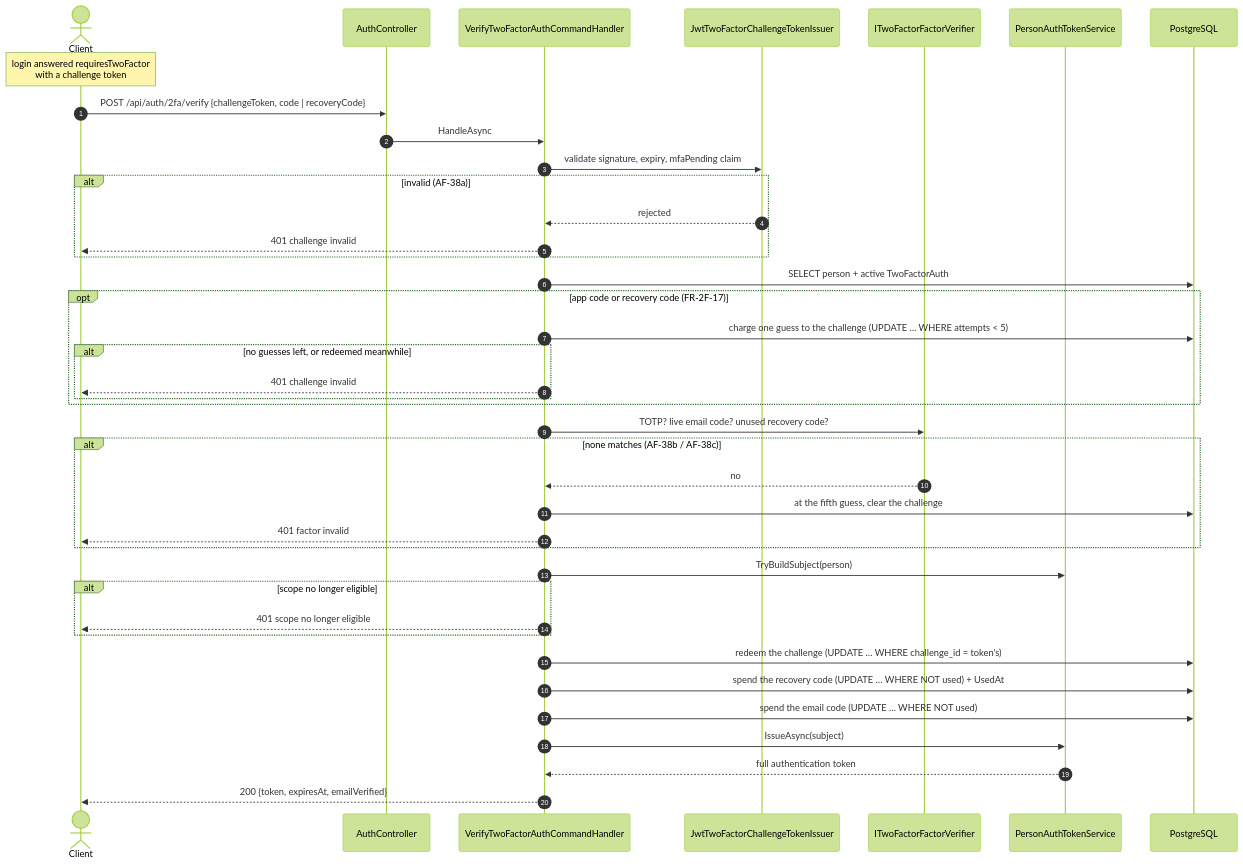
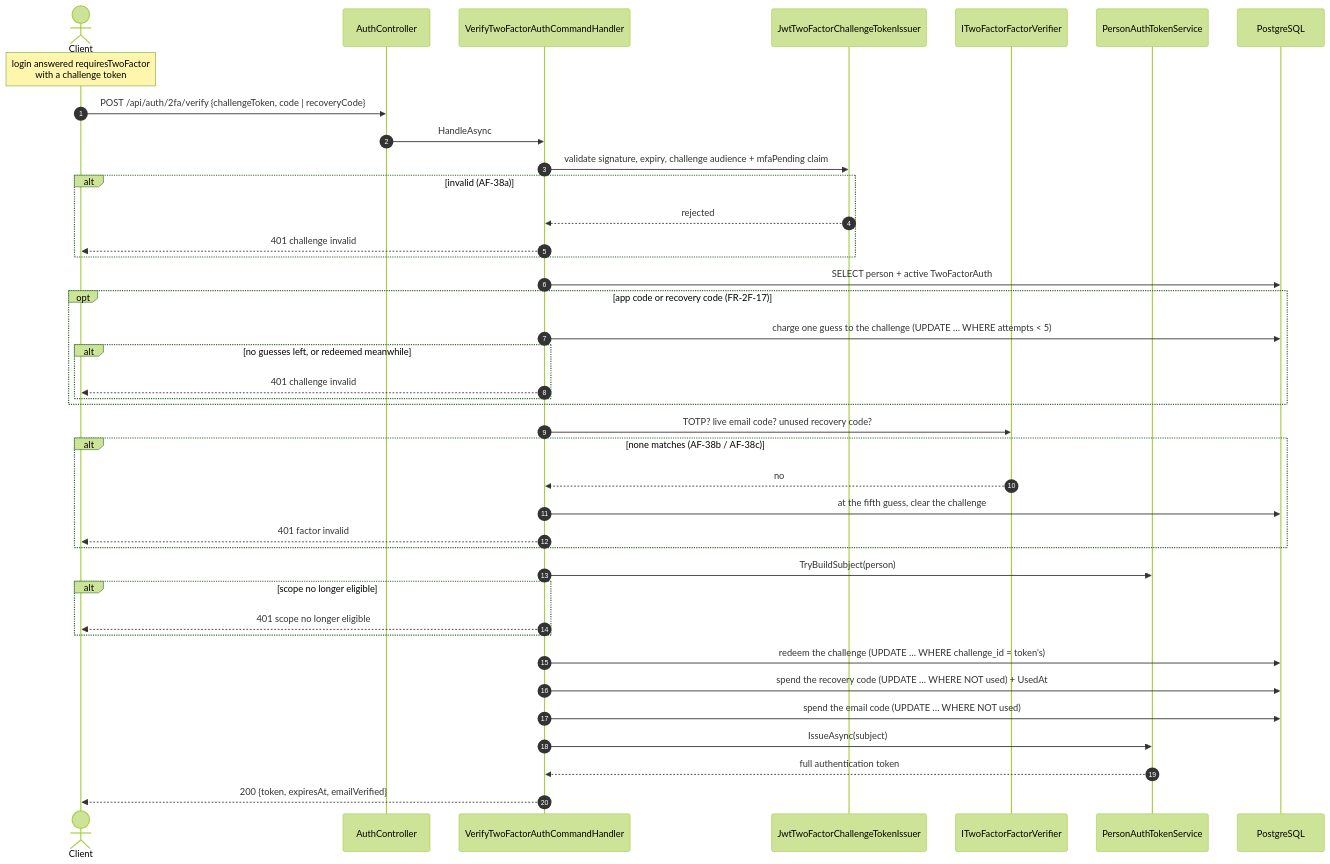
The third of 3 diagrams in docs/content/en/docs/flows/two-factor.md (artur-rios/heimdall-api), drawn with Mermaid (forest theme) before and after one commit. The commit also changed 18 other files, not shown here.

````diff
--- a/docs/content/en/docs/flows/two-factor.md
+++ b/docs/content/en/docs/flows/two-factor.md
@@ -90,47 +90,47 @@
 ```mermaid
 sequenceDiagram
     autonumber
     actor C as Client
     participant AC as AuthController
     participant VH as VerifyTwoFactorAuthCommandHandler
     participant CT as JwtTwoFactorChallengeTokenIssuer
     participant FV as ITwoFactorFactorVerifier
     participant TS as PersonAuthTokenService
     participant DB as PostgreSQL
 
     Note over C: login answered requiresTwoFactor<br/>with a challenge token
     C->>AC: POST /api/auth/2fa/verify {challengeToken, code | recoveryCode}
     AC->>VH: HandleAsync
 
-    VH->>CT: validate signature, expiry, mfaPending claim
+    VH->>CT: validate signature, expiry, challenge audience + mfaPending claim
     alt invalid (AF-38a)
         CT-->>VH: rejected
         VH-->>C: 401 challenge invalid
     end
 
     VH->>DB: SELECT person + active TwoFactorAuth
     opt app code or recovery code (FR-2F-17)
         VH->>DB: charge one guess to the challenge (UPDATE … WHERE attempts < 5)
         alt no guesses left, or redeemed meanwhile
             VH-->>C: 401 challenge invalid
         end
     end
     VH->>FV: TOTP? live email code? unused recovery code?
     alt none matches (AF-38b / AF-38c)
         FV-->>VH: no
         VH->>DB: at the fifth guess, clear the challenge
         VH-->>C: 401 factor invalid
     end
 
     VH->>TS: TryBuildSubject(person)
     alt scope no longer eligible
         VH-->>C: 401 scope no longer eligible
     end
 
     VH->>DB: redeem the challenge (UPDATE … WHERE challenge_id = token's)
     VH->>DB: spend the recovery code (UPDATE … WHERE NOT used) + UsedAt
     VH->>DB: spend the email code (UPDATE … WHERE NOT used)
     VH->>TS: IssueAsync(subject)
     TS-->>VH: full authentication token
     VH-->>C: 200 {token, expiresAt, emailVerified}
 ```
````
